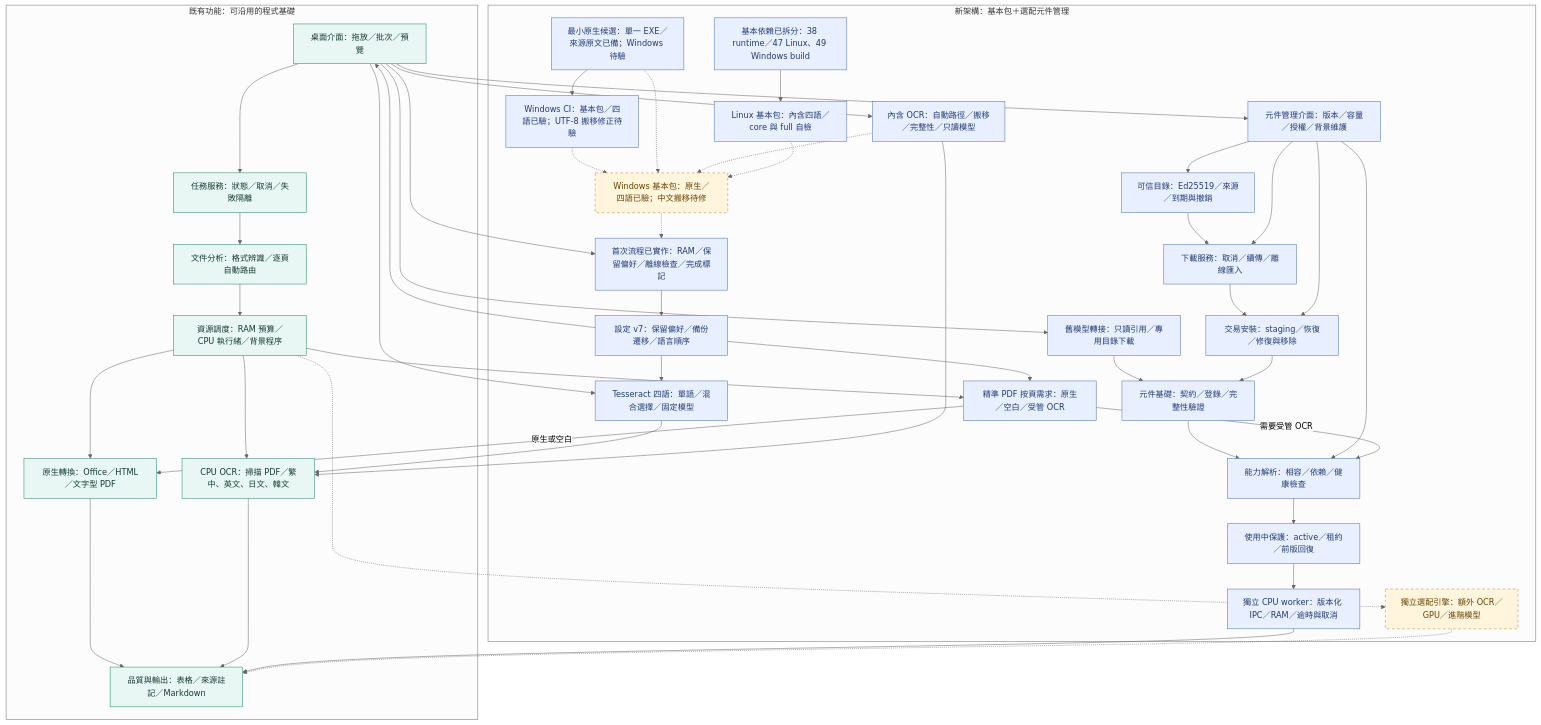
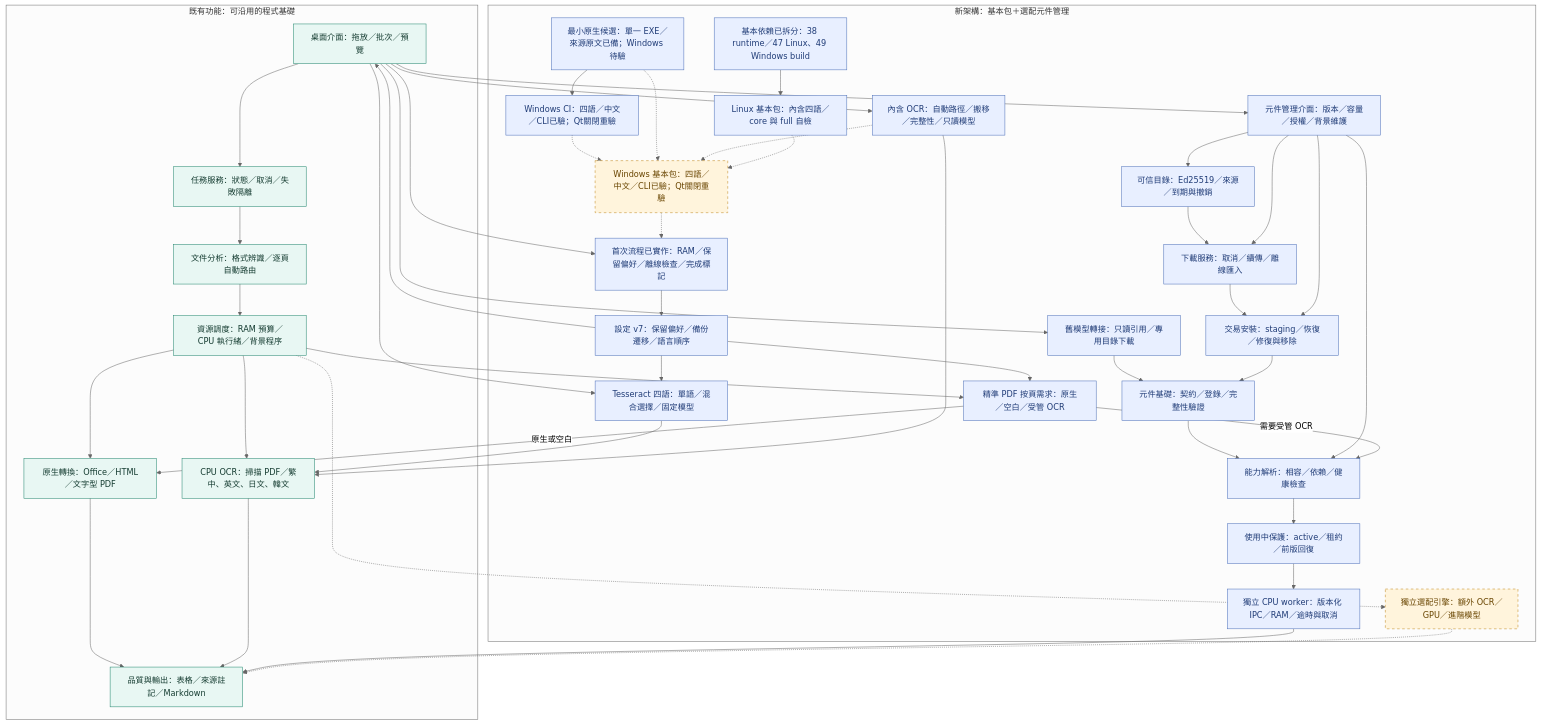
The diagram in README.md (ChouTa-chuan/MarkItDown-exe), drawn with Mermaid (neutral theme) before and after one commit. The commit also changed other lines of this file and 28 other files, not shown here.

````diff
--- a/README.md
+++ b/README.md
@@ -21,71 +21,71 @@
 ```mermaid
 flowchart TD
     subgraph Existing["既有功能：可沿用的程式基礎"]
         UI["桌面介面：拖放／批次／預覽"] --> APP["任務服務：狀態／取消／失敗隔離"]
         APP --> PLAN["文件分析：格式辨識／逐頁自動路由"]
         PLAN --> RES["資源調度：RAM 預算／CPU 執行緒／背景程序"]
         RES --> NATIVE["原生轉換：Office／HTML／文字型 PDF"]
         RES --> OCR["CPU OCR：掃描 PDF／繁中、英文、日文、韓文"]
         NATIVE --> QUALITY["品質與輸出：表格／來源註記／Markdown"]
         OCR --> QUALITY
     end
     subgraph Planned["新架構：基本包＋選配元件管理"]
         COMPONENTUI["元件管理介面：版本／容量／授權／背景維護"]
-        FIRST["Windows 基本包：原生／四語已驗；中文搬移待修"]
+        FIRST["Windows 基本包：四語／中文／CLI已驗；Qt關閉重驗"]
         PROFILE["基本依賴已拆分：38 runtime／47 Linux、49 Windows build"]
         PROFILEBUILD["Linux 基本包：內含四語／core 與 full 自檢"]
         FIRSTFLOW["首次流程已實作：RAM／保留偏好／離線檢查／完成標記"]
         COMPONENTS["元件基礎：契約／登錄／完整性驗證"]
         CAPABILITY["能力解析：相容／依賴／健康檢查"]
-        WINCI["Windows CI：基本包／四語已驗；UTF-8 搬移修正待驗"]
+        WINCI["Windows CI：四語／中文／CLI已驗；Qt關閉重驗"]
         BUNDLED["內含 OCR：自動路徑／搬移／完整性／只讀模型"]
         MINIMALBUILD["最小原生候選：單一 EXE／來源原文已備；Windows 待驗"]
         LANGUAGES["Tesseract 四語：單語／混合選擇／固定模型"]
         ROUTE["精準 PDF 按頁需求：原生／空白／受管 OCR"]
         CPUWORKER["獨立 CPU worker：版本化 IPC／RAM／逾時與取消"]
         OPTIONAL["獨立選配引擎：額外 OCR／GPU／進階模型"]
         COMPONENTS --> CAPABILITY
         LEGACY["舊模型轉接：只讀引用／專用目錄下載"]
         PREFS["設定 v7：保留偏好／備份遷移／語言順序"]
         LEGACY --> COMPONENTS
         CATALOG["可信目錄：Ed25519／來源／到期與撤銷"] --> DOWNLOAD["下載服務：取消／續傳／離線匯入"]
         DOWNLOAD --> INSTALL["交易安裝：staging／恢復／修復與移除"]
         INSTALL --> COMPONENTS
         CAPABILITY --> LEASE["使用中保護：active／租約／前版回復"]
     end
     UI --> LANGUAGES
     LANGUAGES --> OCR
     PREFS --> LANGUAGES
     UI --> COMPONENTUI
     COMPONENTUI --> INSTALL
     COMPONENTUI --> CATALOG
     COMPONENTUI --> CAPABILITY
     LEASE --> CPUWORKER
     CPUWORKER --> QUALITY
     RES --> ROUTE
     ROUTE -->|需要受管 OCR| CAPABILITY
     ROUTE -->|原生或空白| NATIVE
     COMPONENTUI --> DOWNLOAD
     UI --> LEGACY
     PREFS --> UI
     UI --> FIRSTFLOW
     FIRSTFLOW --> PREFS
     PROFILE --> PROFILEBUILD
     MINIMALBUILD --> WINCI
     WINCI -.-> FIRST
     MINIMALBUILD -.-> FIRST
     UI --> BUNDLED
     BUNDLED --> OCR
     BUNDLED -.-> FIRST
     PROFILEBUILD -.-> FIRST
     FIRST -.-> FIRSTFLOW
     PREFS --> ROUTE
     RES -.-> OPTIONAL
     OPTIONAL -.-> QUALITY
     classDef existing fill:#e8f7f3,stroke:#21856d,color:#153c31;
     classDef foundation fill:#e8efff,stroke:#4c6fb8,color:#203c77;
     class COMPONENTS,CAPABILITY,LEGACY,PREFS,CATALOG,DOWNLOAD,INSTALL,LEASE,CPUWORKER,COMPONENTUI,FIRSTFLOW,ROUTE,PROFILE,PROFILEBUILD,LANGUAGES,BUNDLED,MINIMALBUILD,WINCI foundation;
     classDef planned fill:#fff4dc,stroke:#be8519,color:#694500,stroke-dasharray:5 5;
     class UI,APP,PLAN,RES,NATIVE,OCR,QUALITY existing;
     class FIRST,OPTIONAL planned;
 ```
````
